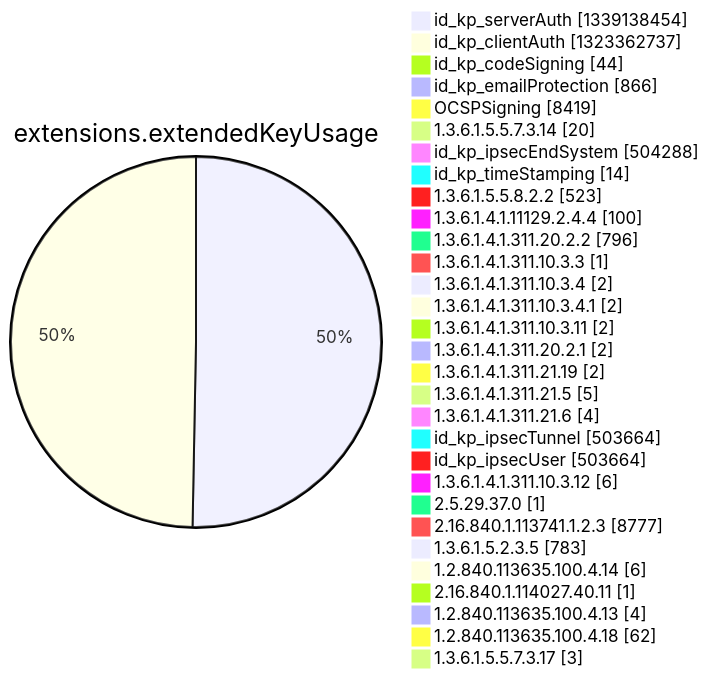
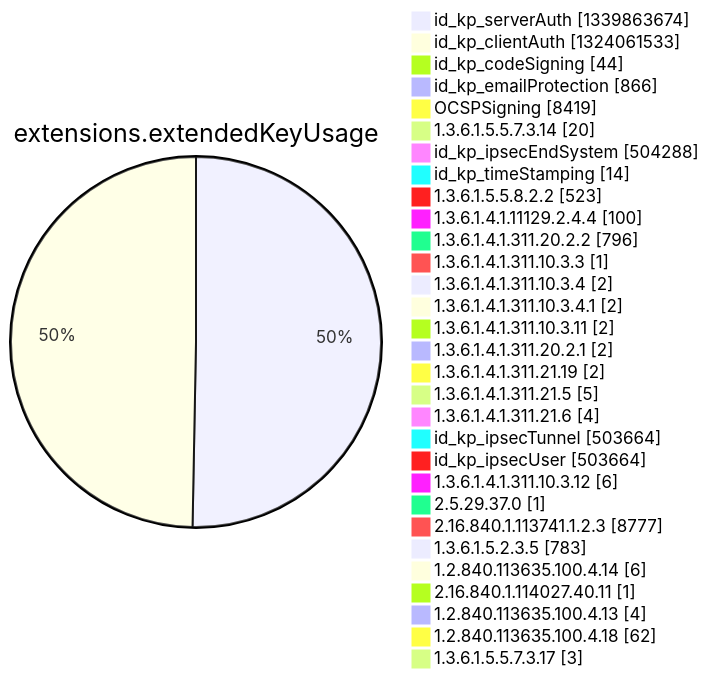
One commit to christiankrug/ctmonitor_visualization changed diagram 12 of 15 in argon2022/README.md. Above: the diagram before and after it, drawn with Mermaid. The commit also changed other lines of this file, not shown here.

````diff
--- a/argon2022/README.md
+++ b/argon2022/README.md
@@ -3553,34 +3553,34 @@
 ```mermaid
 pie showData
 title extensions.extendedKeyUsage
-"id_kp_serverAuth" :1339138454
-"id_kp_clientAuth" :1323362737
+"id_kp_serverAuth" :1339863674
+"id_kp_clientAuth" :1324061533
 "id_kp_codeSigning" :44
 "id_kp_emailProtection" :866
 "OCSPSigning" :8419
 "1.3.6.1.5.5.7.3.14" :20
 "id_kp_ipsecEndSystem" :504288
 "id_kp_timeStamping" :14
 "1.3.6.1.5.5.8.2.2" :523
 "1.3.6.1.4.1.11129.2.4.4" :100
 "1.3.6.1.4.1.311.20.2.2" :796
 "1.3.6.1.4.1.311.10.3.3" :1
 "1.3.6.1.4.1.311.10.3.4" :2
 "1.3.6.1.4.1.311.10.3.4.1" :2
 "1.3.6.1.4.1.311.10.3.11" :2
 "1.3.6.1.4.1.311.20.2.1" :2
 "1.3.6.1.4.1.311.21.19" :2
 "1.3.6.1.4.1.311.21.5" :5
 "1.3.6.1.4.1.311.21.6" :4
 "id_kp_ipsecTunnel" :503664
 "id_kp_ipsecUser" :503664
 "1.3.6.1.4.1.311.10.3.12" :6
 "2.5.29.37.0" :1
 "2.16.840.1.113741.1.2.3" :8777
 "1.3.6.1.5.2.3.5" :783
 "1.2.840.113635.100.4.14" :6
 "2.16.840.1.114027.40.11" :1
 "1.2.840.113635.100.4.13" :4
 "1.2.840.113635.100.4.18" :62
 "1.3.6.1.5.5.7.3.17" :3
 ```
````
